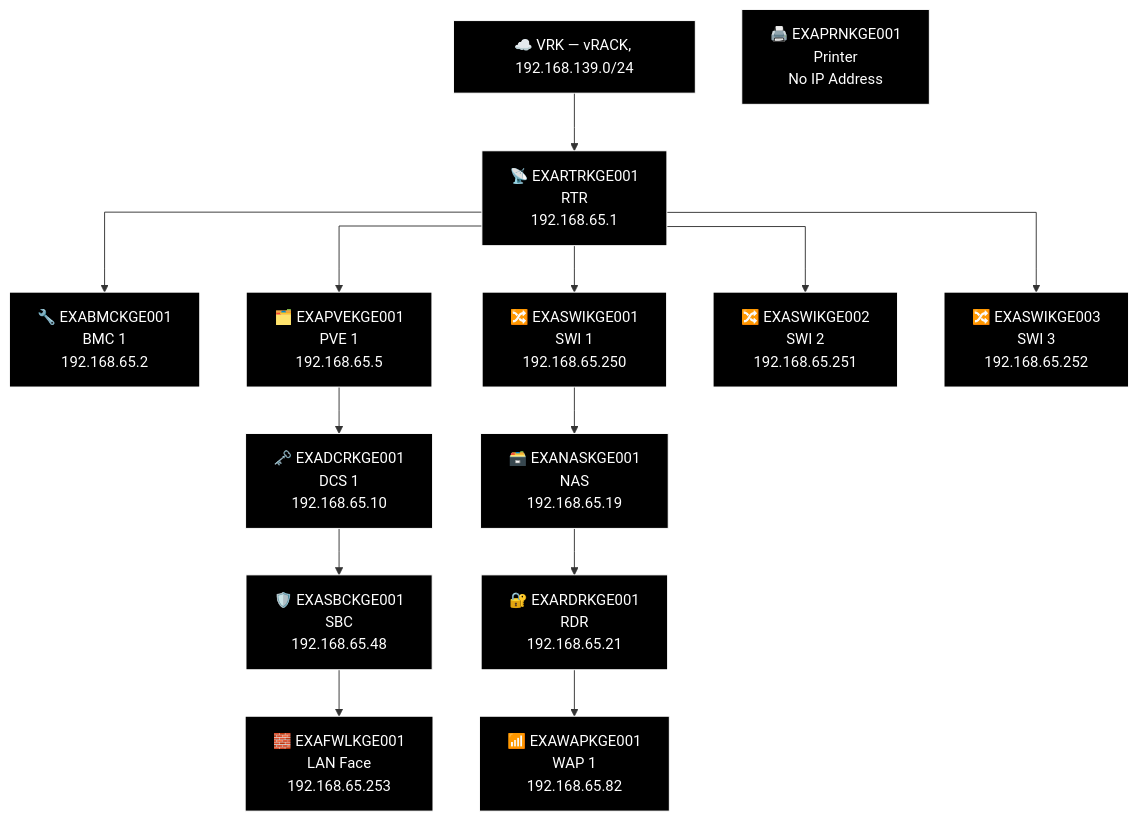
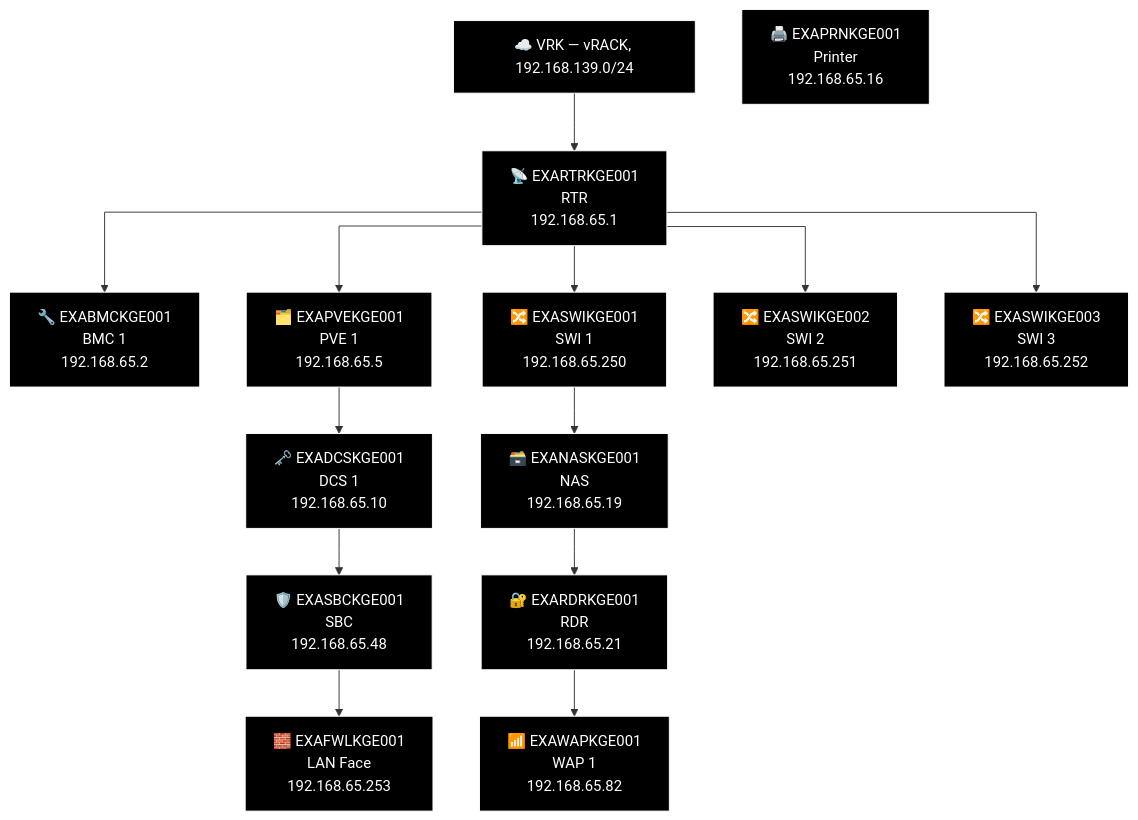
One commit to knightmare2600/example_music_infra changed the eighth of 23 diagrams in docs/network-diagram/danmark.md. Above: the diagram before and after it, drawn with Mermaid. The commit also changed other lines of this file and 11 other files, not shown here.

````diff
--- a/docs/network-diagram/danmark.md
+++ b/docs/network-diagram/danmark.md
@@ -398,42 +398,42 @@
 ```mermaid
 %% GENERATED:TOPOLOGY:KGE:START
 %%{init: {'flowchart': {'curve': 'stepAfter'}}}%%
 graph TD
     T_VRK["☁️ VRK — vRACK, 192.168.139.0/24"]
     T_RTR["📡 EXARTRKGE001<br/>RTR<br/>192.168.65.1"]
     T_VRK --> T_RTR
     T_BMC["🔧 EXABMCKGE001<br/>BMC 1<br/>192.168.65.2"]
     T_RTR --> T_BMC
     T_PVE["🗂️ EXAPVEKGE001<br/>PVE 1<br/>192.168.65.5"]
     T_RTR --> T_PVE
     T_SWI["🔀 EXASWIKGE001<br/>SWI 1<br/>192.168.65.250"]
     T_RTR --> T_SWI
     T_SWI2["🔀 EXASWIKGE002<br/>SWI 2<br/>192.168.65.251"]
     T_RTR --> T_SWI2
     T_SWI3["🔀 EXASWIKGE003<br/>SWI 3<br/>192.168.65.252"]
     T_RTR --> T_SWI3
     T_NAS["🗃️ EXANASKGE001<br/>NAS<br/>192.168.65.19"]
     T_RDR["🔐 EXARDRKGE001<br/>RDR<br/>192.168.65.21"]
     T_WAP["📶 EXAWAPKGE001<br/>WAP 1<br/>192.168.65.82"]
     T_SWI --> T_NAS --> T_RDR --> T_WAP
-    T_DCS["🗝️ EXADCRKGE001<br/>DCS 1<br/>192.168.65.10"]
+    T_DCS["🗝️ EXADCSKGE001<br/>DCS 1<br/>192.168.65.10"]
     T_SBC["🛡️ EXASBCKGE001<br/>SBC<br/>192.168.65.48"]
     T_FWL["🧱 EXAFWLKGE001<br/>LAN Face<br/>192.168.65.253"]
     T_PVE --> T_DCS --> T_SBC --> T_FWL
-    T_PRN["🖨️ EXAPRNKGE001<br/>Printer<br/>No IP Address"]
+    T_PRN["🖨️ EXAPRNKGE001<br/>Printer<br/>192.168.65.16"]
     style T_VRK fill:#000000,stroke:#FFFFFF,color:#FFFFFF
     style T_RTR fill:#000000,stroke:#FFFFFF,color:#FFFFFF
     style T_BMC fill:#000000,stroke:#FFFFFF,color:#FFFFFF
     style T_PVE fill:#000000,stroke:#FFFFFF,color:#FFFFFF
     style T_SWI fill:#000000,stroke:#FFFFFF,color:#FFFFFF
     style T_SWI2 fill:#000000,stroke:#FFFFFF,color:#FFFFFF
     style T_SWI3 fill:#000000,stroke:#FFFFFF,color:#FFFFFF
     style T_NAS fill:#000000,stroke:#FFFFFF,color:#FFFFFF
     style T_RDR fill:#000000,stroke:#FFFFFF,color:#FFFFFF
     style T_WAP fill:#000000,stroke:#FFFFFF,color:#FFFFFF
     style T_DCS fill:#000000,stroke:#FFFFFF,color:#FFFFFF
     style T_SBC fill:#000000,stroke:#FFFFFF,color:#FFFFFF
     style T_FWL fill:#000000,stroke:#FFFFFF,color:#FFFFFF
     style T_PRN fill:#000000,stroke:#FFFFFF,color:#FFFFFF
 %% GENERATED:TOPOLOGY:KGE:END
 ```
````
